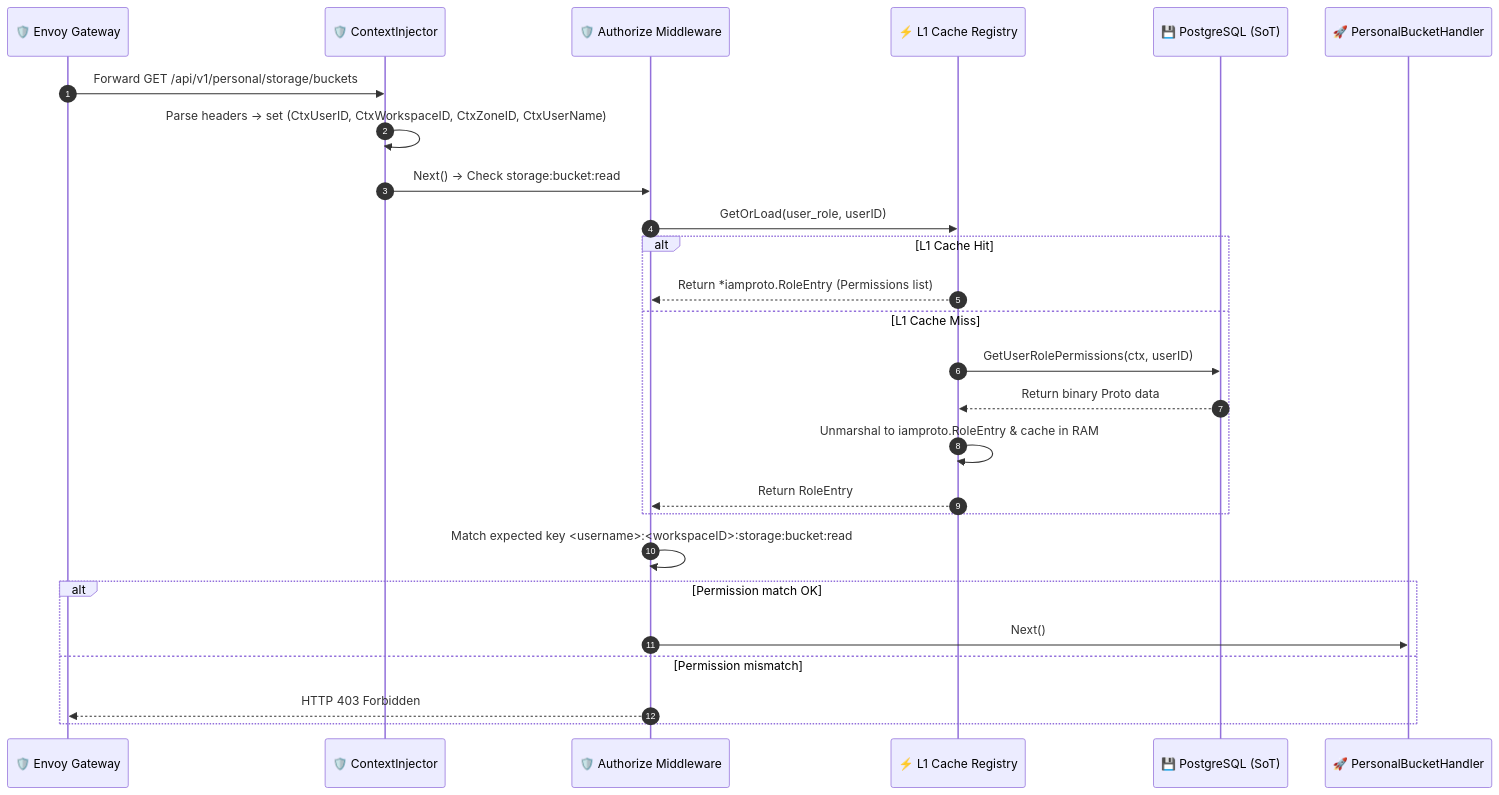
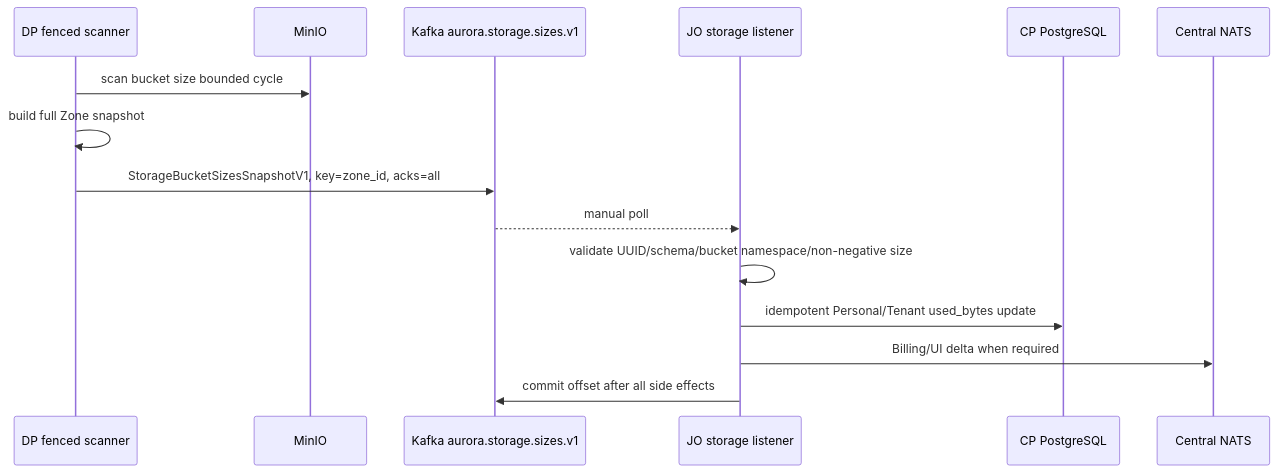
Before and after one commit to phucle996/aurora: the second of 2 diagrams in god_view/storage/bucket_list_god_view.md, drawn with Mermaid. The commit also changed other lines of this file and 91 other files, not shown here.

````diff
--- a/god_view/storage/bucket_list_god_view.md
+++ b/god_view/storage/bucket_list_god_view.md
@@ -194,29 +28,18 @@
 ```mermaid
 sequenceDiagram
-    autonumber
-    participant Envoy as 🛡️ Envoy Gateway
-    participant Injector as 🛡️ ContextInjector
-    participant AuthMid as 🛡️ Authorize Middleware
-    participant L1 as ⚡ L1 Cache Registry
-    participant DB as 💾 PostgreSQL (SoT)
-    participant Handler as 🚀 PersonalBucketHandler
+    participant L as DP fenced scanner
+    participant M as MinIO
+    participant K as Kafka aurora.storage.sizes.v1
+    participant JO as JO storage listener
+    participant DB as CP PostgreSQL
+    participant N as Central NATS
 
-    Envoy->>Injector: Forward GET /api/v1/personal/storage/buckets
-    Injector->>Injector: Parse headers -> set (CtxUserID, CtxWorkspaceID, CtxZoneID, CtxUserName)
-    Injector->>AuthMid: Next() -> Check storage:bucket:read
-    AuthMid->>L1: GetOrLoad(user_role, userID)
-    alt L1 Cache Hit
-        L1-->>AuthMid: Return *iamproto.RoleEntry (Permissions list)
-    else L1 Cache Miss
-        L1->>DB: GetUserRolePermissions(ctx, userID)
-        DB-->>L1: Return binary Proto data
-        L1->>L1: Unmarshal to iamproto.RoleEntry & cache in RAM
-        L1-->>AuthMid: Return RoleEntry
-    end
-    AuthMid->>AuthMid: Match expected key <username>:<workspaceID>:storage:bucket:read
-    alt Permission match OK
-        AuthMid->>Handler: Next()
-    else Permission mismatch
-        AuthMid-->>Envoy: HTTP 403 Forbidden
-    end
+    L->>M: scan bucket size bounded cycle
+    L->>L: build full Zone snapshot
+    L->>K: StorageBucketSizesSnapshotV1, key=zone_id, acks=all
+    K-->>JO: manual poll
+    JO->>JO: validate UUID/schema/bucket namespace/non-negative size
+    JO->>DB: idempotent Personal/Tenant used_bytes update
+    JO->>N: Billing/UI delta when required
+    JO->>K: commit offset after all side effects
 ```
````
